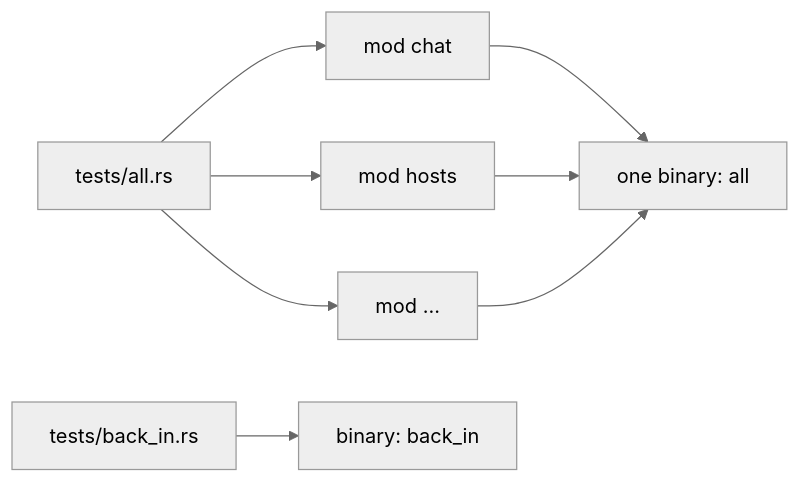
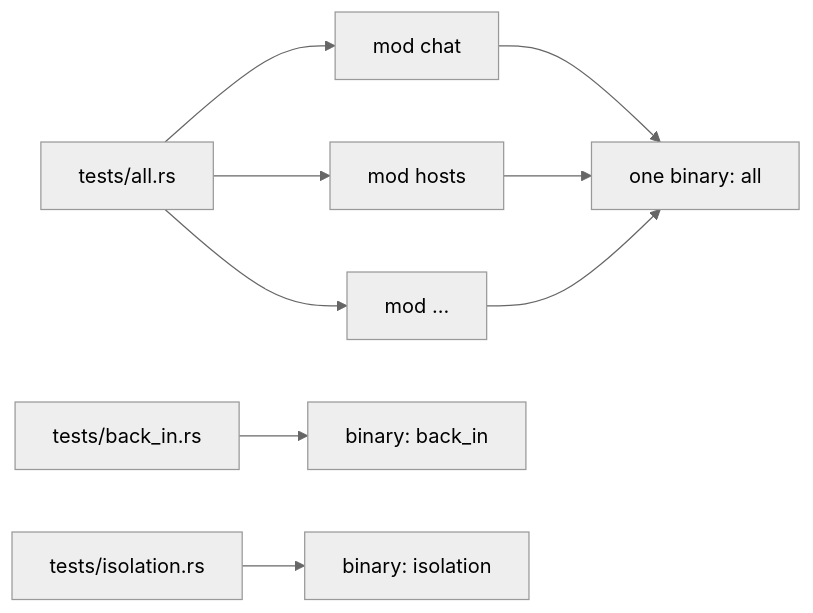
Before and after one commit to como-technologies/riff: the fourth of 19 diagrams in docs/src/development.md, drawn with Mermaid (neutral theme). The commit also changed other lines of this file and 5 other files, not shown here.

Commit message:
WIP: isolation is a test binary of its own

````diff
--- a/docs/src/development.md
+++ b/docs/src/development.md
@@ -208,8 +209,9 @@
 ```mermaid
 flowchart LR
     A[tests/all.rs] --> M1[mod chat]
     A --> M2[mod hosts]
     A --> M3[mod ...]
     M1 & M2 & M3 --> B[one binary: all]
     K[tests/back_in.rs] --> C[binary: back_in]
+    I[tests/isolation.rs] --> D[binary: isolation]
 ```
````
